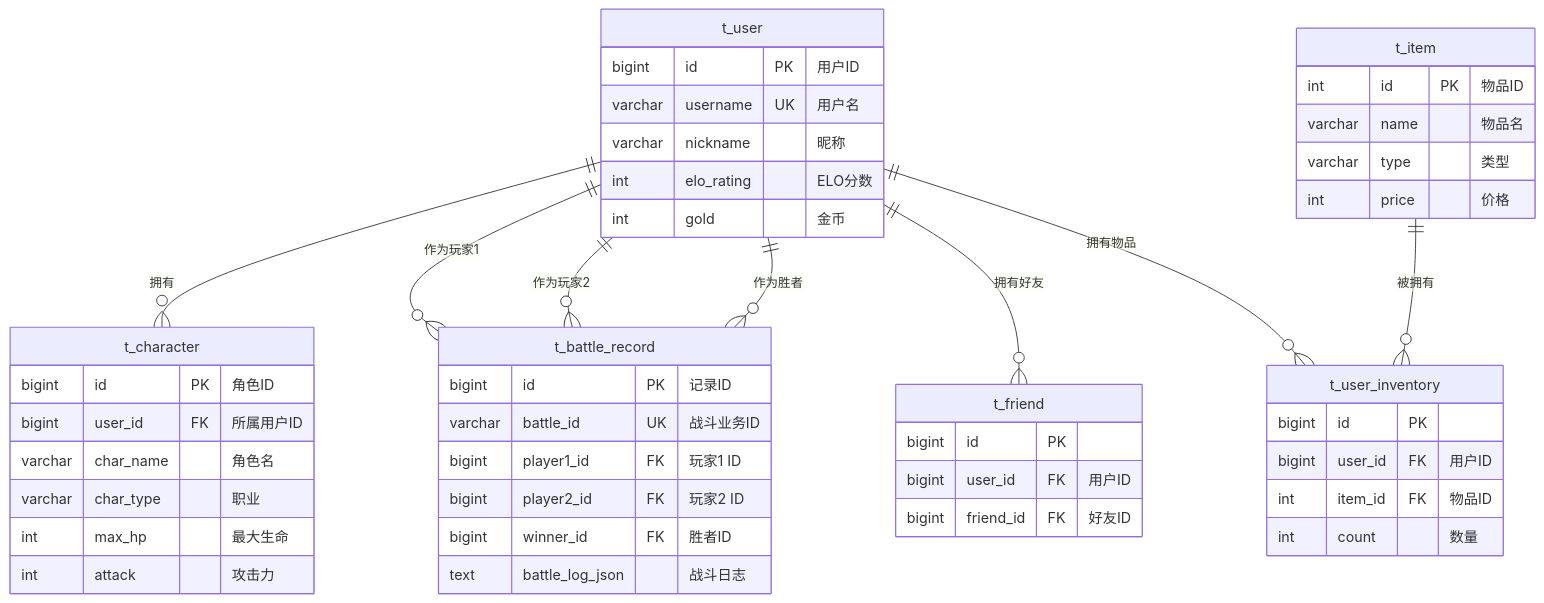
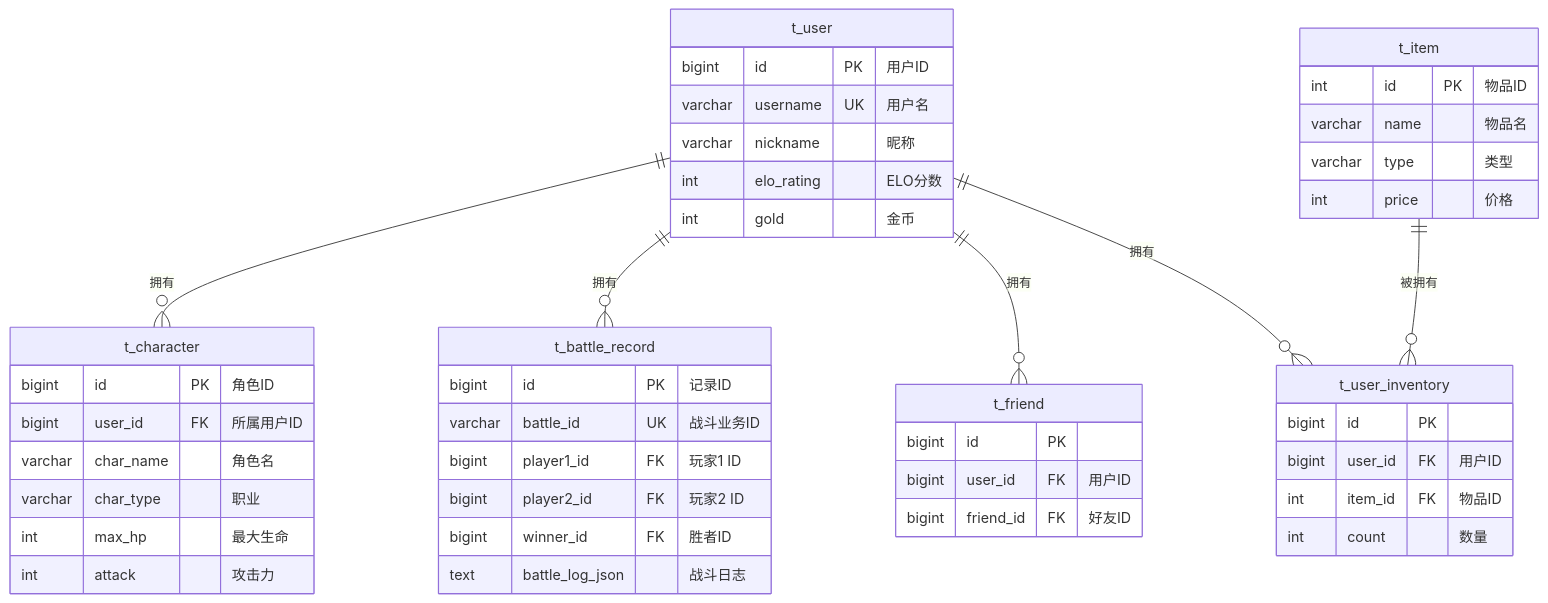
One commit to Otaku1603/TurnBasedGame_Server changed the third of 3 diagrams in README.md. Above: the diagram before and after it, drawn with Mermaid. The commit also changed other lines of this file and 4 other files, not shown here.

````diff
--- a/README.md
+++ b/README.md
@@ -248,56 +248,54 @@
 ```mermaid
 erDiagram
     t_user {
         bigint id PK "用户ID"
         varchar username UK "用户名"
         varchar nickname "昵称"
         int elo_rating "ELO分数"
         int gold "金币"
     }
 
     t_character {
         bigint id PK "角色ID"
         bigint user_id FK "所属用户ID"
         varchar char_name "角色名"
         varchar char_type "职业"
         int max_hp "最大生命"
         int attack "攻击力"
     }
 
     t_battle_record {
         bigint id PK "记录ID"
         varchar battle_id UK "战斗业务ID"
         bigint player1_id FK "玩家1 ID"
         bigint player2_id FK "玩家2 ID"
         bigint winner_id FK "胜者ID"
         text battle_log_json "战斗日志"
     }
     
     t_friend {
         bigint id PK
         bigint user_id FK "用户ID"
         bigint friend_id FK "好友ID"
     }
 
     t_user_inventory {
         bigint id PK
         bigint user_id FK "用户ID"
         int item_id FK "物品ID"
         int count "数量"
     }
 
     t_item {
         int id PK "物品ID"
         varchar name "物品名"
         varchar type "类型"
         int price "价格"
     }
 
     t_user ||--o{ t_character : "拥有"
-    t_user ||--o{ t_battle_record : "作为玩家1"
-    t_user ||--o{ t_battle_record : "作为玩家2"
-    t_user ||--o{ t_battle_record : "作为胜者"
-    t_user ||--o{ t_friend : "拥有好友"
-    t_user ||--o{ t_user_inventory : "拥有物品"
+    t_user ||--o{ t_battle_record : "拥有"
+    t_user ||--o{ t_friend : "拥有"
+    t_user ||--o{ t_user_inventory : "拥有"
     t_item ||--o{ t_user_inventory : "被拥有"
 ```
````
